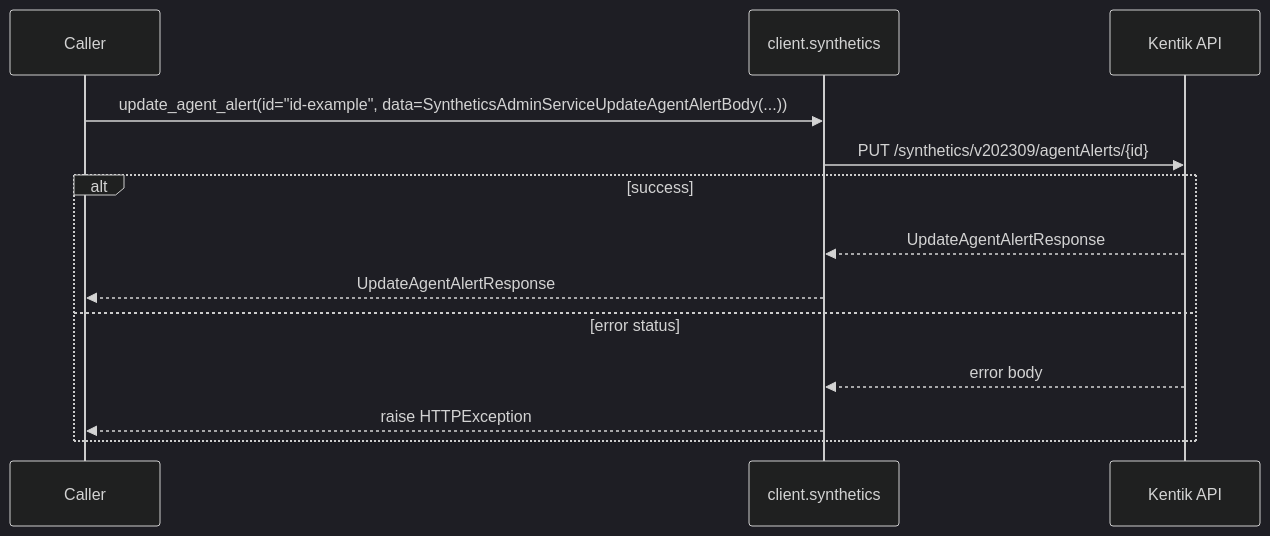
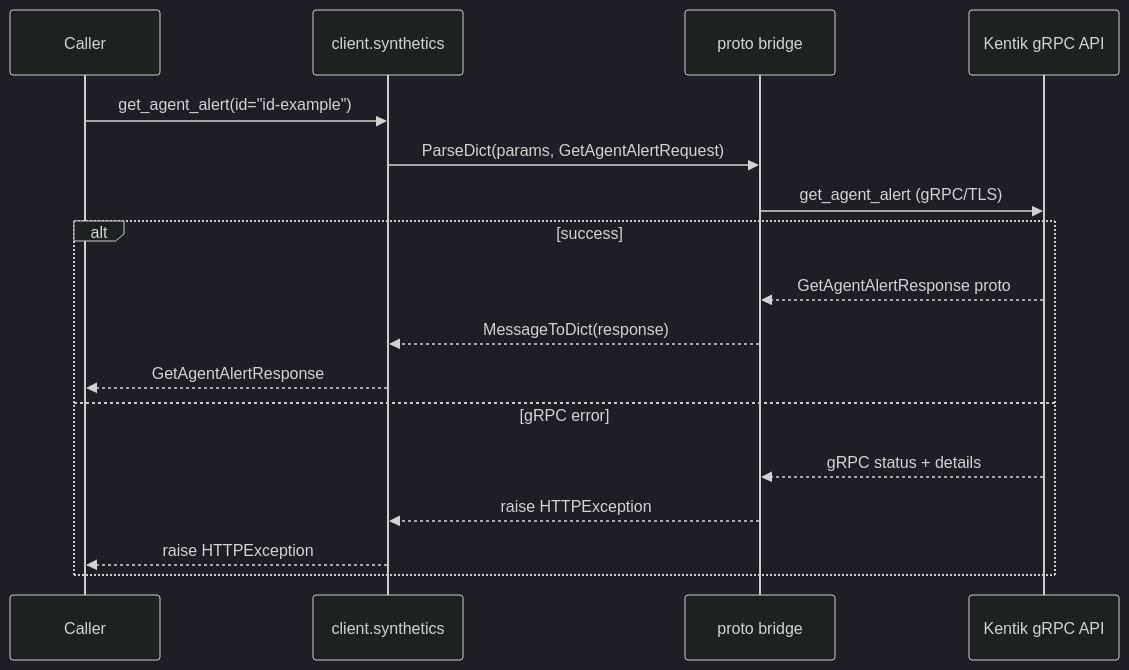
One commit to alexdearaujo/community_sdk_python changed the seventh of 38 diagrams in docs/sphinx/services/synthetics.md. Above: the diagram before and after it, drawn with Mermaid (dark theme). The commit also changed other lines of this file and 61 other files, not shown here.

````diff
--- a/docs/sphinx/services/synthetics.md
+++ b/docs/sphinx/services/synthetics.md
@@ -183,16 +204,20 @@
 ```mermaid
 sequenceDiagram
     participant C as Caller
     participant W as client.synthetics
-    participant API as Kentik API
+    participant B as proto bridge
+    participant API as Kentik gRPC API
 
-    C->>W: update_agent_alert(id="id-example", data=SyntheticsAdminServiceUpdateAgentAlertBody(...))
-    W->>API: PUT /synthetics/v202309/agentAlerts/{id}
+    C->>W: get_agent_alert(id="id-example")
+    W->>B: ParseDict(params, GetAgentAlertRequest)
+    B->>API: get_agent_alert (gRPC/TLS)
     alt success
-        API-->>W: UpdateAgentAlertResponse
-        W-->>C: UpdateAgentAlertResponse
-    else error status
-        API-->>W: error body
+        API-->>B: GetAgentAlertResponse proto
+        B-->>W: MessageToDict(response)
+        W-->>C: GetAgentAlertResponse
+    else gRPC error
+        API-->>B: gRPC status + details
+        B-->>W: raise HTTPException
         W-->>C: raise HTTPException
     end
 ```
````
